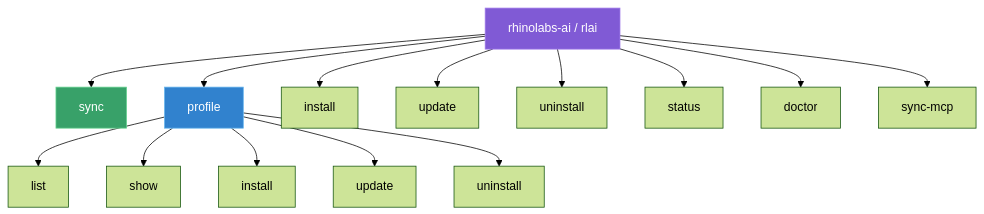
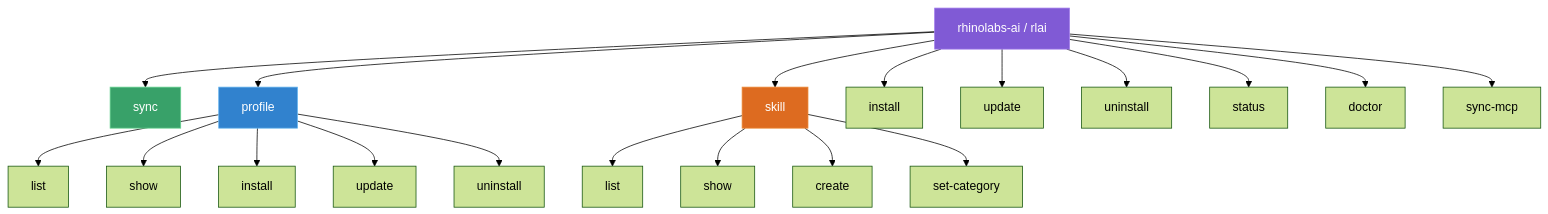
One commit to javiermontescarrera/rhinolabs-ai changed the second of 10 diagrams in cli/README.md. Above: the diagram before and after it, drawn with Mermaid (forest theme). The commit also changed other lines of this file and 16 other files, not shown here.

````diff
--- a/cli/README.md
+++ b/cli/README.md
@@ -57,23 +57,30 @@
 ```mermaid
 graph TB
     CLI[rhinolabs-ai / rlai]
 
     CLI --> SYNC[sync]
     CLI --> PROFILE[profile]
+    CLI --> SKILL[skill]
     CLI --> INSTALL[install]
     CLI --> UPDATE[update]
     CLI --> UNINSTALL[uninstall]
     CLI --> STATUS[status]
     CLI --> DOCTOR[doctor]
     CLI --> SYNCMCP[sync-mcp]
 
-    PROFILE --> LIST[list]
-    PROFILE --> SHOW[show]
-    PROFILE --> INST[install]
-    PROFILE --> UPD[update]
-    PROFILE --> UNINST[uninstall]
+    PROFILE --> P_LIST[list]
+    PROFILE --> P_SHOW[show]
+    PROFILE --> P_INST[install]
+    PROFILE --> P_UPD[update]
+    PROFILE --> P_UNINST[uninstall]
+
+    SKILL --> S_LIST[list]
+    SKILL --> S_SHOW[show]
+    SKILL --> S_CREATE[create]
+    SKILL --> S_SETCAT[set-category]
 
     style CLI fill:#805ad5,stroke:#9f7aea,color:#fff
     style SYNC fill:#38a169,stroke:#68d391,color:#fff
     style PROFILE fill:#3182ce,stroke:#63b3ed,color:#fff
+    style SKILL fill:#dd6b20,stroke:#ed8936,color:#fff
 ```
````
